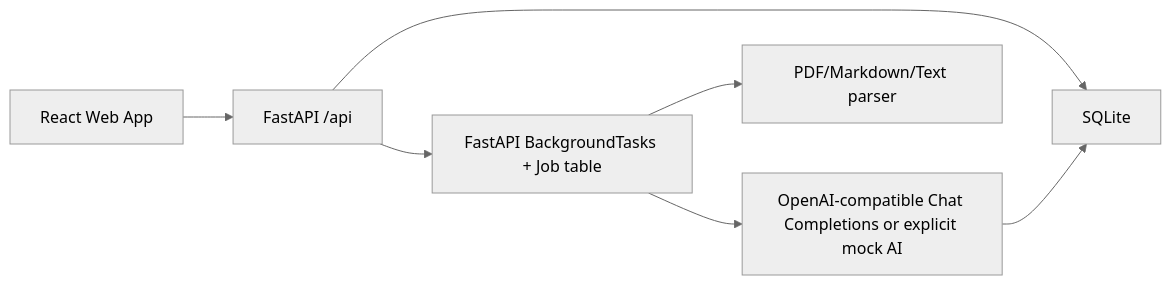
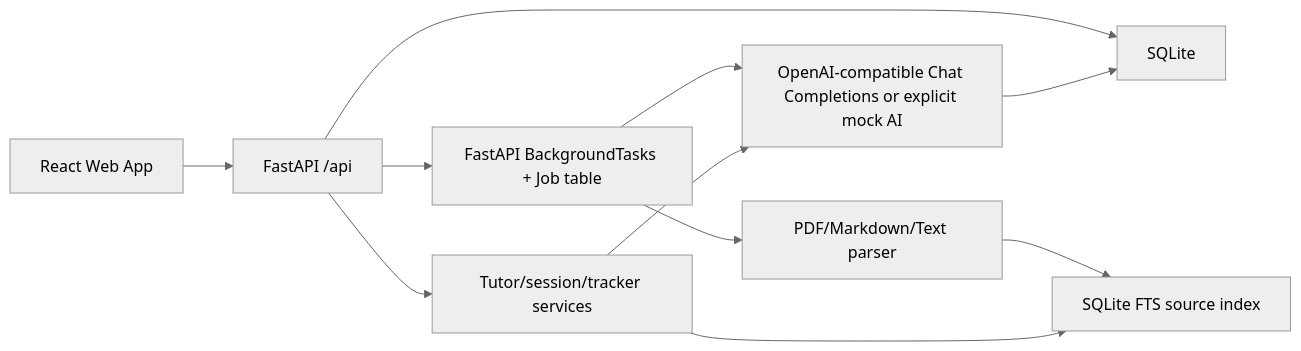
One commit to rberyou/APGL changed the diagram in docs/architecture.md. Above: the diagram before and after it, drawn with Mermaid (neutral theme). The commit also changed other lines of this file and 26 other files, not shown here.

````diff
--- a/docs/architecture.md
+++ b/docs/architecture.md
@@ -7,9 +7,13 @@
 ```mermaid
 flowchart LR
   Browser["React Web App"] --> API["FastAPI /api"]
   API --> DB["SQLite"]
   API --> Jobs["FastAPI BackgroundTasks + Job table"]
   Jobs --> Materials["PDF/Markdown/Text parser"]
+  Materials --> FTS["SQLite FTS source index"]
   Jobs --> AI["OpenAI-compatible Chat Completions or explicit mock AI"]
+  API --> Tutor["Tutor/session/tracker services"]
+  Tutor --> FTS
+  Tutor --> AI
   AI --> DB
 ```
````
